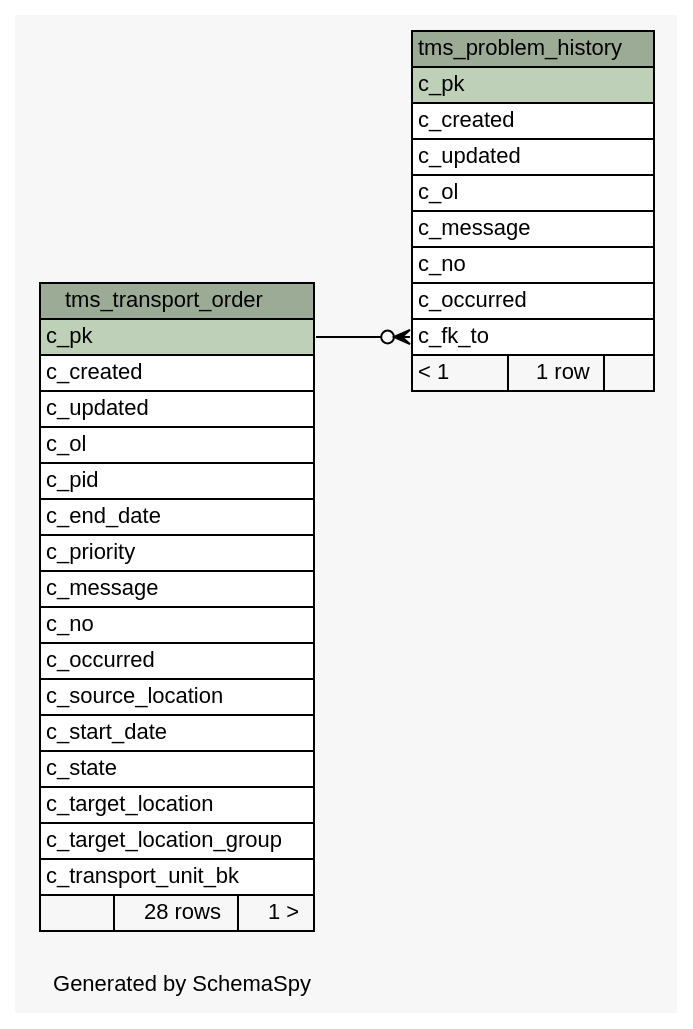
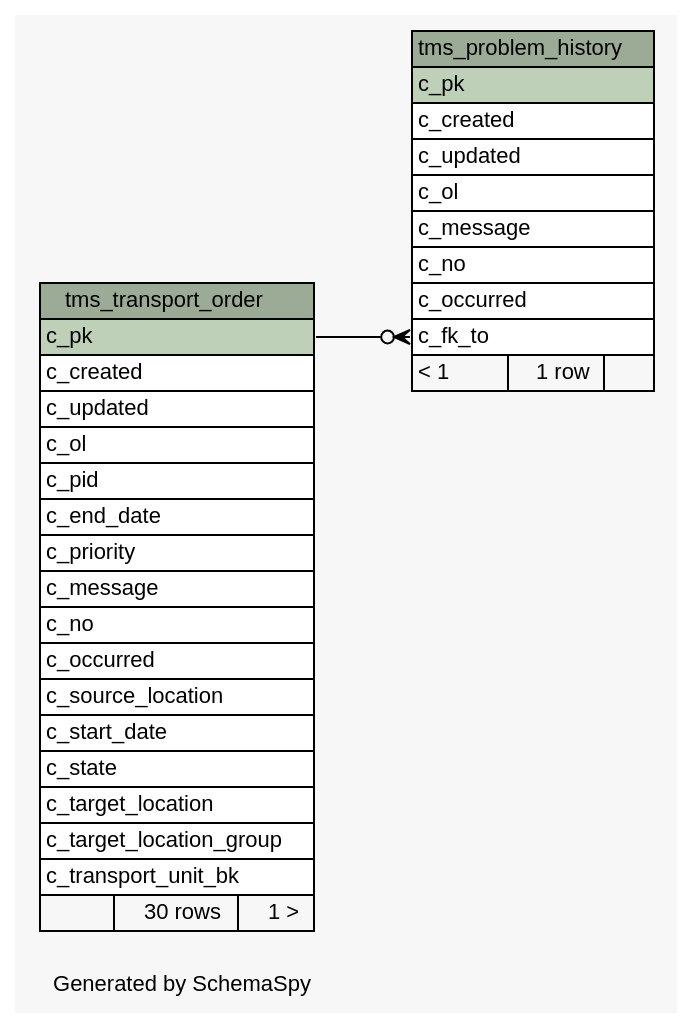
Before and after one commit to openwms/org.openwms.tms.transportation: the diagram in schemaspy/diagrams/summary/relationships.real.large.dot, drawn with Graphviz. The commit also changed 317 other files, not shown here.

```diff
--- a/schemaspy/diagrams/summary/relationships.real.large.dot
+++ b/schemaspy/diagrams/summary/relationships.real.large.dot
@@ -1,65 +1,65 @@
 // dot 2.36.0 on Linux 4.4.0-101-generic
 // SchemaSpy rev Unknown
 digraph "largeRelationshipsDiagram" {
   graph [
     rankdir="RL"
     bgcolor="#f7f7f7"
     label="\nGenerated by SchemaSpy"
     labeljust="l"
     nodesep="0.18"
     ranksep="0.46"
     fontname="Helvetica"
     fontsize="11"
   ];
   node [
     fontname="Helvetica"
     fontsize="11"
     shape="plaintext"
   ];
   edge [
     arrowsize="0.8"
   ];
   "tms_problem_history" [
     label=<
     <TABLE BORDER="0" CELLBORDER="1" CELLSPACING="0" BGCOLOR="#ffffff">
       <TR><TD COLSPAN="3" BGCOLOR="#9bab96" ALIGN="CENTER">tms_problem_history</TD></TR>
       <TR><TD PORT="c_pk" COLSPAN="3" BGCOLOR="#bed1b8" ALIGN="LEFT">c_pk</TD></TR>
       <TR><TD PORT="c_created" COLSPAN="3" ALIGN="LEFT">c_created</TD></TR>
       <TR><TD PORT="c_updated" COLSPAN="3" ALIGN="LEFT">c_updated</TD></TR>
       <TR><TD PORT="c_ol" COLSPAN="3" ALIGN="LEFT">c_ol</TD></TR>
       <TR><TD PORT="c_message" COLSPAN="3" ALIGN="LEFT">c_message</TD></TR>
       <TR><TD PORT="c_no" COLSPAN="3" ALIGN="LEFT">c_no</TD></TR>
       <TR><TD PORT="c_occurred" COLSPAN="3" ALIGN="LEFT">c_occurred</TD></TR>
       <TR><TD PORT="c_fk_to" COLSPAN="3" ALIGN="LEFT">c_fk_to</TD></TR>
       <TR><TD ALIGN="LEFT" BGCOLOR="#f7f7f7">&lt; 1</TD><TD ALIGN="RIGHT" BGCOLOR="#f7f7f7">1 row</TD><TD ALIGN="RIGHT" BGCOLOR="#f7f7f7">  </TD></TR>
     </TABLE>>
     URL="tables/tms_problem_history.html"
     tooltip="tms_problem_history"
   ];
   "tms_transport_order" [
     label=<
     <TABLE BORDER="0" CELLBORDER="1" CELLSPACING="0" BGCOLOR="#ffffff">
       <TR><TD COLSPAN="3" BGCOLOR="#9bab96" ALIGN="CENTER">tms_transport_order</TD></TR>
       <TR><TD PORT="c_pk" COLSPAN="3" BGCOLOR="#bed1b8" ALIGN="LEFT">c_pk</TD></TR>
       <TR><TD PORT="c_created" COLSPAN="3" ALIGN="LEFT">c_created</TD></TR>
       <TR><TD PORT="c_updated" COLSPAN="3" ALIGN="LEFT">c_updated</TD></TR>
       <TR><TD PORT="c_ol" COLSPAN="3" ALIGN="LEFT">c_ol</TD></TR>
       <TR><TD PORT="c_pid" COLSPAN="3" ALIGN="LEFT">c_pid</TD></TR>
       <TR><TD PORT="c_end_date" COLSPAN="3" ALIGN="LEFT">c_end_date</TD></TR>
       <TR><TD PORT="c_priority" COLSPAN="3" ALIGN="LEFT">c_priority</TD></TR>
       <TR><TD PORT="c_message" COLSPAN="3" ALIGN="LEFT">c_message</TD></TR>
       <TR><TD PORT="c_no" COLSPAN="3" ALIGN="LEFT">c_no</TD></TR>
       <TR><TD PORT="c_occurred" COLSPAN="3" ALIGN="LEFT">c_occurred</TD></TR>
       <TR><TD PORT="c_source_location" COLSPAN="3" ALIGN="LEFT">c_source_location</TD></TR>
       <TR><TD PORT="c_start_date" COLSPAN="3" ALIGN="LEFT">c_start_date</TD></TR>
       <TR><TD PORT="c_state" COLSPAN="3" ALIGN="LEFT">c_state</TD></TR>
       <TR><TD PORT="c_target_location" COLSPAN="3" ALIGN="LEFT">c_target_location</TD></TR>
       <TR><TD PORT="c_target_location_group" COLSPAN="3" ALIGN="LEFT">c_target_location_group</TD></TR>
       <TR><TD PORT="c_transport_unit_bk" COLSPAN="3" ALIGN="LEFT">c_transport_unit_bk</TD></TR>
-      <TR><TD ALIGN="LEFT" BGCOLOR="#f7f7f7">  </TD><TD ALIGN="RIGHT" BGCOLOR="#f7f7f7">28 rows</TD><TD ALIGN="RIGHT" BGCOLOR="#f7f7f7">1 &gt;</TD></TR>
+      <TR><TD ALIGN="LEFT" BGCOLOR="#f7f7f7">  </TD><TD ALIGN="RIGHT" BGCOLOR="#f7f7f7">30 rows</TD><TD ALIGN="RIGHT" BGCOLOR="#f7f7f7">1 &gt;</TD></TR>
     </TABLE>>
     URL="tables/tms_transport_order.html"
     tooltip="tms_transport_order"
   ];
   "tms_problem_history":"c_fk_to":w -> "tms_transport_order":"c_pk":e [arrowhead=none dir=back arrowtail=crowodot];
 }
```
